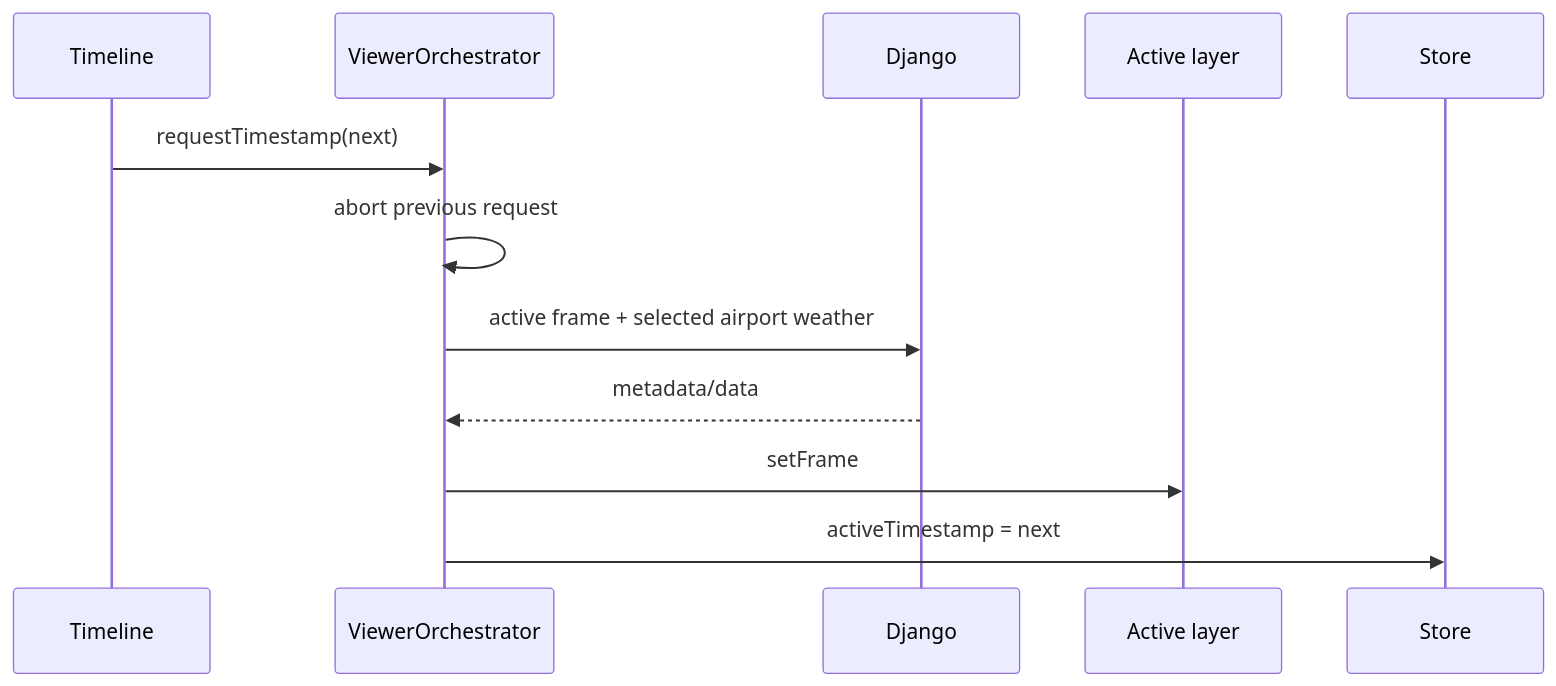
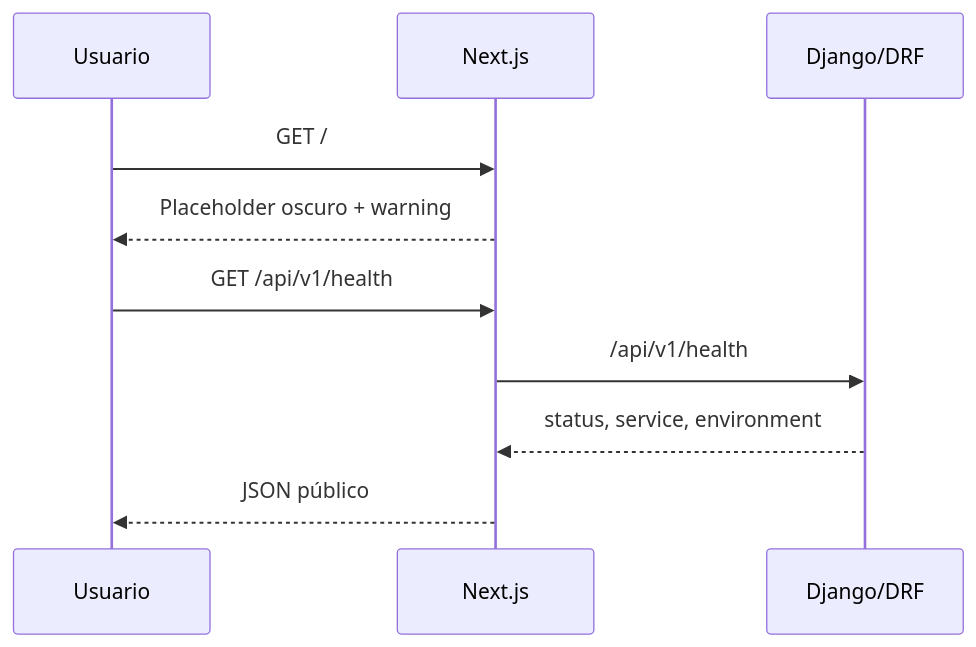
One commit to carlos18bp/aviation_weather_viewer_project changed the second of 2 diagrams in docs/methodology/architecture.md. Above: the diagram before and after it, drawn with Mermaid. The commit also changed other lines of this file and 282 other files, not shown here.

````diff
--- a/docs/methodology/architecture.md
+++ b/docs/methodology/architecture.md
@@ -66,14 +41,12 @@
 ```mermaid
 sequenceDiagram
-    participant UI as Timeline
-    participant O as ViewerOrchestrator
-    participant API as Django
-    participant L as Active layer
-    participant ST as Store
-    UI->>O: requestTimestamp(next)
-    O->>O: abort previous request
-    O->>API: active frame + selected airport weather
-    API-->>O: metadata/data
-    O->>L: setFrame
-    O->>ST: activeTimestamp = next
+    participant U as Usuario
+    participant N as Next.js
+    participant D as Django/DRF
+    U->>N: GET /
+    N-->>U: Placeholder oscuro + warning
+    U->>N: GET /api/v1/health
+    N->>D: /api/v1/health
+    D-->>N: status, service, environment
+    N-->>U: JSON público
 ```
````
